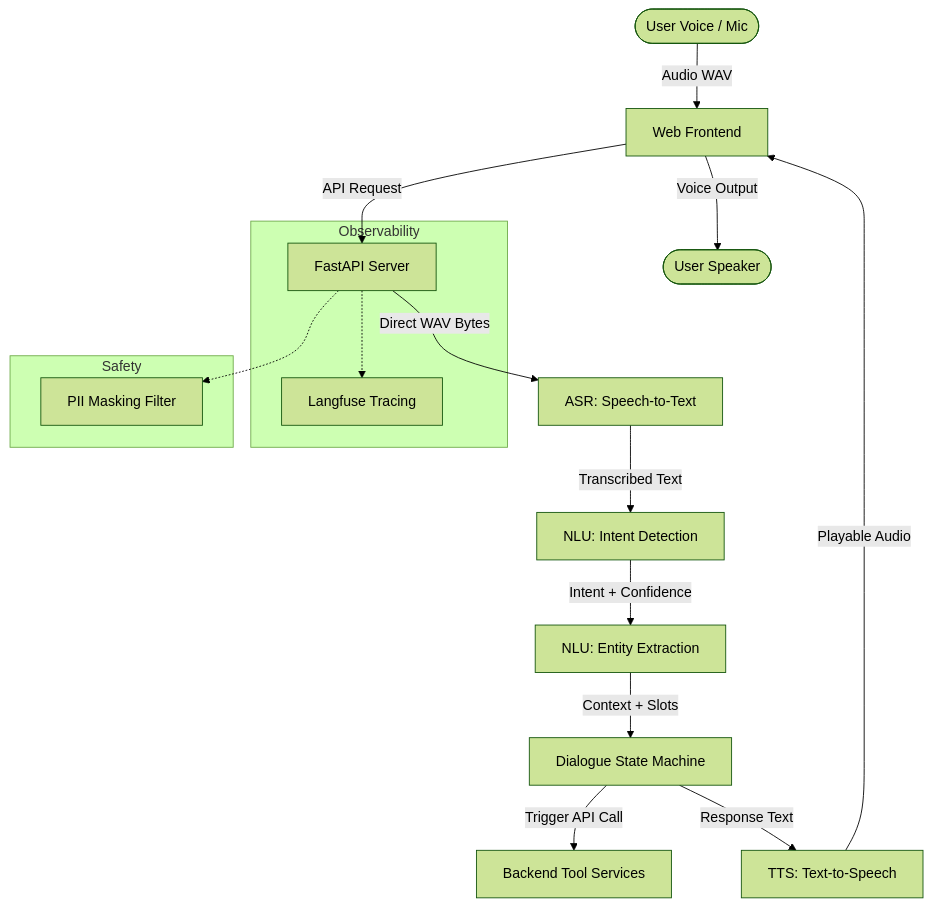
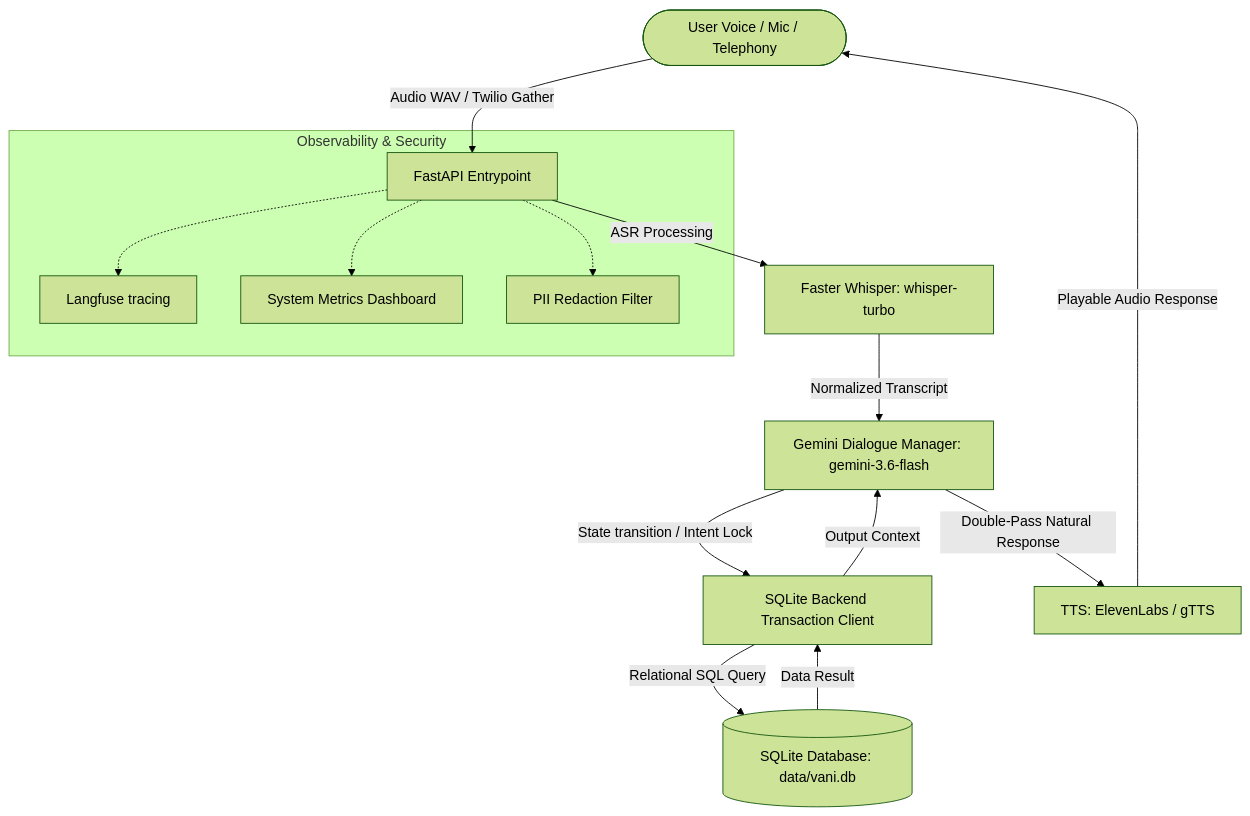
The diagram in README.md (rashmisahray/Voice-First-Customer-Support-multilingual-speech-AI-), drawn with Mermaid (forest theme) before and after one commit. The commit also changed other lines of this file and 9 other files, not shown here.

Commit message:
feat: complete gap analysis, implement Twilio telephony webhook, 100-turn evaluation suite, metrics monitoring panel, and Docker compose configurations

````diff
--- a/README.md
+++ b/README.md
@@ -12,21 +20,18 @@
 ```mermaid
 graph TD
-    User([User Voice / Mic]) -->|Audio WAV| UI[Web Frontend]
-    UI -->|API Request| FastAPI[FastAPI Server]
-    FastAPI -->|Direct WAV Bytes| ASR[ASR: Speech-to-Text]
-    ASR -->|Transcribed Text| NLU_Class[NLU: Intent Detection]
-    NLU_Class -->|Intent + Confidence| NLU_Ext[NLU: Entity Extraction]
-    NLU_Ext -->|Context + Slots| DM[Dialogue State Machine]
-    DM -->|Trigger API Call| Tools[Backend Tool Services]
-    DM -->|Response Text| TTS[TTS: Text-to-Speech]
-    TTS -->|Playable Audio| UI
-    UI -->|Voice Output| Speaker([User Speaker])
-    
-    subgraph Observability
-        FastAPI -.-> Langfuse[Langfuse Tracing]
-    end
-    
-    subgraph Safety
-        FastAPI -.-> PII[PII Masking Filter]
+    User([User Voice / Mic / Telephony]) -->|Audio WAV / Twilio Gather| API[FastAPI Entrypoint]
+    API -->|ASR Processing| ASR[Faster Whisper: whisper-turbo]
+    ASR -->|Normalized Transcript| DM[Gemini Dialogue Manager: gemini-3.6-flash]
+    DM -->|State transition / Intent Lock| DB_Client[SQLite Backend Transaction Client]
+    DB_Client -->|Relational SQL Query| SQLite[(SQLite Database: data/vani.db)]
+    SQLite -->|Data Result| DB_Client
+    DB_Client -->|Output Context| DM
+    DM -->|Double-Pass Natural Response| TTS[TTS: ElevenLabs / gTTS]
+    TTS -->|Playable Audio Response| User
+
+    subgraph Observability & Security
+        API -.-> Langfuse[Langfuse tracing]
+        API -.-> Metrics[System Metrics Dashboard]
+        API -.-> PII[PII Redaction Filter]
     end
 ```
````
